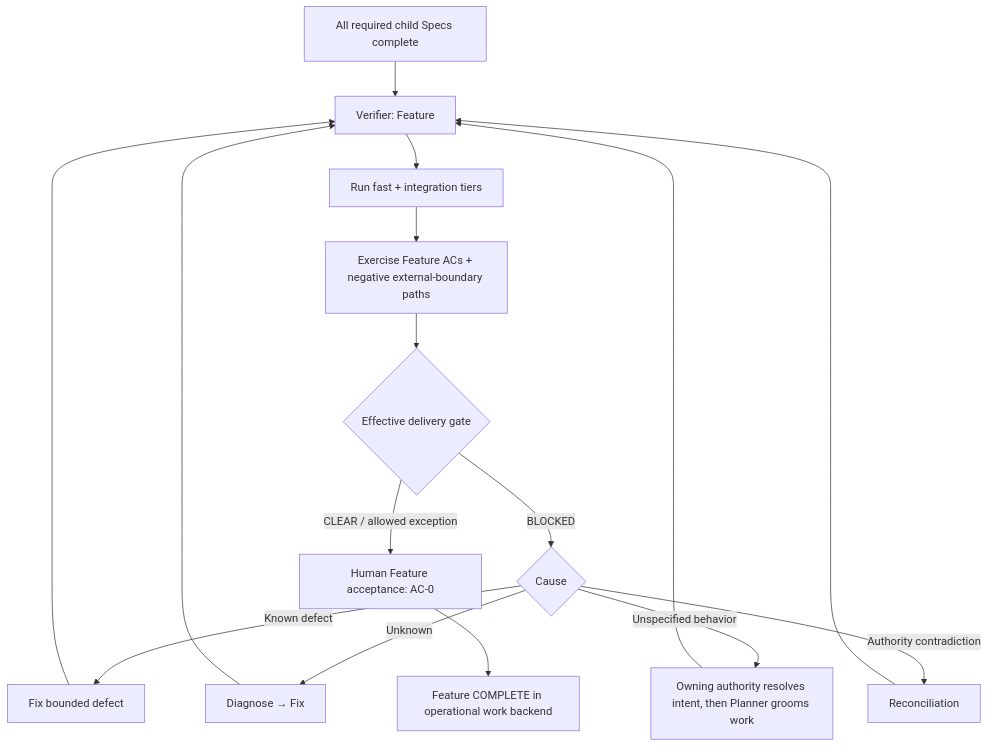
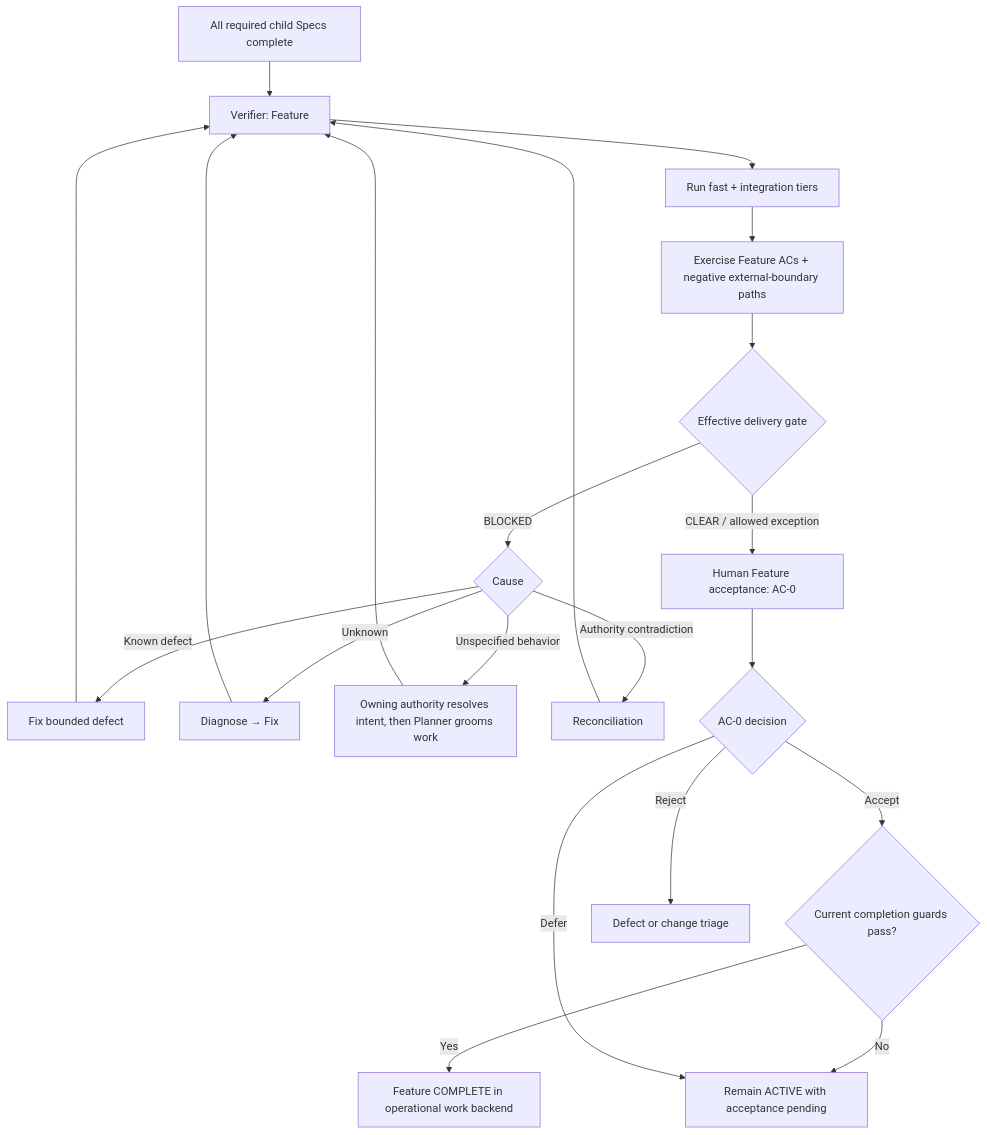
One commit to subhadlearner/SubhForge changed the sixth of 10 diagrams in design/workflow/SUBHFORGE-V0.2-WORKFLOW-CONTRACTS.md. Above: the diagram before and after it, drawn with Mermaid. The commit also changed other lines of this file and 2 other files, not shown here.

````diff
--- a/design/workflow/SUBHFORGE-V0.2-WORKFLOW-CONTRACTS.md
+++ b/design/workflow/SUBHFORGE-V0.2-WORKFLOW-CONTRACTS.md
@@ -779,18 +810,23 @@
 ```mermaid
 flowchart TD
     A[All required child Specs complete] --> V[Verifier: Feature]
     V --> F[Run fast + integration tiers]
     F --> N[Exercise Feature ACs + negative external-boundary paths]
     N --> G{Effective delivery gate}
     G -- BLOCKED --> D{Cause}
     D -- Known defect --> FX[Fix bounded defect]
     D -- Unknown --> DG[Diagnose → Fix]
     D -- Unspecified behavior --> NS[Owning authority resolves intent, then Planner grooms work]
     D -- Authority contradiction --> RC[Reconciliation]
     FX --> V
     DG --> V
     NS --> V
     RC --> V
     G -- CLEAR / allowed exception --> H[Human Feature acceptance: AC-0]
-    H --> C[Feature COMPLETE in operational work backend]
+    H --> A0{AC-0 decision}
+    A0 -- Accept --> CG{Current completion guards pass?}
+    CG -- Yes --> C[Feature COMPLETE in operational work backend]
+    CG -- No --> WAIT
+    A0 -- Reject --> CT[Defect or change triage]
+    A0 -- Defer --> WAIT[Remain ACTIVE with acceptance pending]
 ```
````
